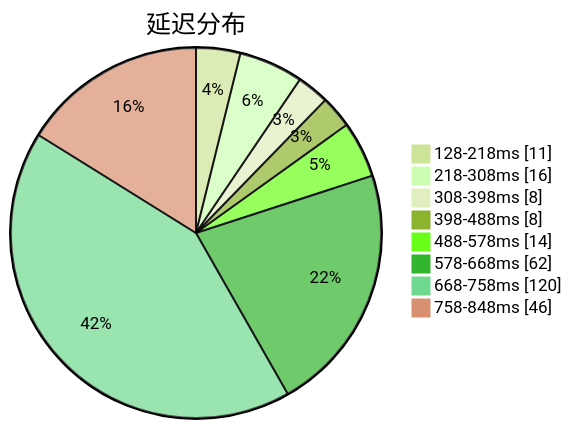
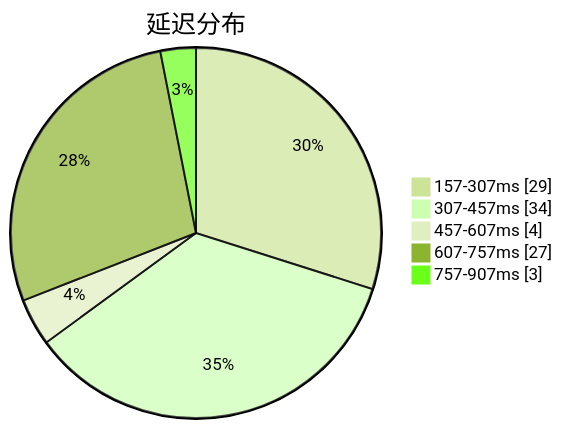
The first of 3 diagrams in subs/statistics/tested_within.md (qjlxg/airport), drawn with Mermaid (forest theme) before and after one commit. The commit also changed other lines of this file and 2 other files, not shown here.

````diff
--- a/subs/statistics/tested_within.md
+++ b/subs/statistics/tested_within.md
@@ -2,12 +2,9 @@
 ```mermaid
 pie showData
 title 延迟分布
-"128-218ms" : 11
-"218-308ms" : 16
-"308-398ms" : 8
-"398-488ms" : 8
-"488-578ms" : 14
-"578-668ms" : 62
-"668-758ms" : 120
-"758-848ms" : 46
+"157-307ms" : 29
+"307-457ms" : 34
+"457-607ms" : 4
+"607-757ms" : 27
+"757-907ms" : 3
 ```
````
